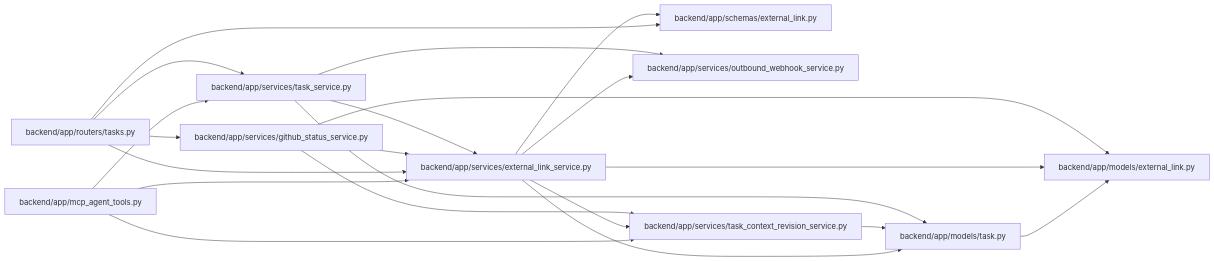
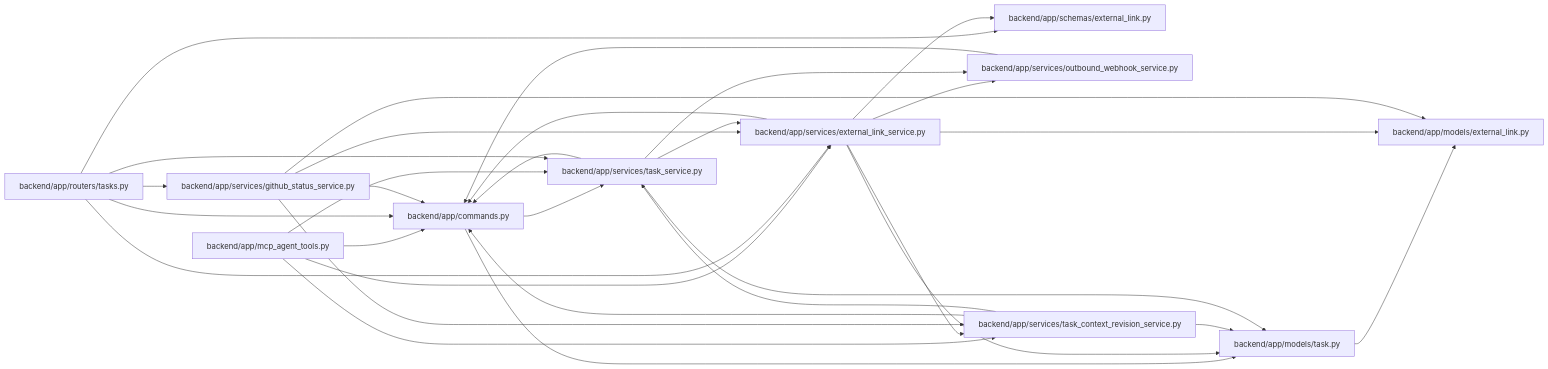
The diagram in docs/llm_wiki/modules/external_link_service.md (Denissvgn/WorkChord), drawn with Mermaid before and after one commit. The commit also changed other lines of this file and 958 other files, not shown here.

First line of the commit message:
docs(wiki): refresh identity and recovery architecture

````diff
--- a/docs/llm_wiki/modules/external_link_service.md
+++ b/docs/llm_wiki/modules/external_link_service.md
@@ -27,43 +28,55 @@
 ```mermaid
 flowchart LR
-    n0["backend/app/mcp_agent_tools.py"]
-    n1["backend/app/models/external_link.py"]
-    n2["backend/app/models/task.py"]
-    n3["backend/app/routers/tasks.py"]
-    n4["backend/app/schemas/external_link.py"]
-    n5["backend/app/services/external_link_service.py"]
-    n6["backend/app/services/github_status_service.py"]
-    n7["backend/app/services/outbound_webhook_service.py"]
-    n8["backend/app/services/task_context_revision_service.py"]
-    n9["backend/app/services/task_service.py"]
-    n0 --> n5
-    n0 --> n8
-    n0 --> n9
-    n2 --> n1
-    n3 --> n4
-    n3 --> n5
-    n3 --> n6
-    n3 --> n9
-    n5 --> n1
-    n5 --> n2
-    n5 --> n4
-    n5 --> n7
-    n5 --> n8
-    n6 --> n1
+    n0["backend/app/commands.py"]
+    n1["backend/app/mcp_agent_tools.py"]
+    n2["backend/app/models/external_link.py"]
+    n3["backend/app/models/task.py"]
+    n4["backend/app/routers/tasks.py"]
+    n5["backend/app/schemas/external_link.py"]
+    n6["backend/app/services/external_link_service.py"]
+    n7["backend/app/services/github_status_service.py"]
+    n8["backend/app/services/outbound_webhook_service.py"]
+    n9["backend/app/services/task_context_revision_service.py"]
+    n10["backend/app/services/task_service.py"]
+    n0 --> n3
+    n0 --> n10
+    n1 --> n0
+    n1 --> n6
+    n1 --> n9
+    n1 --> n10
+    n3 --> n2
+    n4 --> n0
+    n4 --> n5
+    n4 --> n6
+    n4 --> n7
+    n4 --> n10
+    n6 --> n0
+    n6 --> n2
+    n6 --> n3
     n6 --> n5
     n6 --> n8
-    n8 --> n2
-    n9 --> n2
-    n9 --> n5
-    n9 --> n7
-    click n0 "../modules/mcp_agent_tools.md"
-    click n1 "../modules/models_external_link.md"
-    click n2 "../modules/models_task.md"
-    click n3 "../modules/tasks.md"
-    click n4 "../modules/schemas_external_link.md"
-    click n5 "../modules/external_link_service.md"
-    click n6 "../modules/github_status_service.md"
-    click n7 "../modules/outbound_webhook_service.md"
-    click n8 "../modules/task_context_revision_service.md"
-    click n9 "../modules/task_service.md"
+    n6 --> n9
+    n7 --> n0
+    n7 --> n2
+    n7 --> n6
+    n7 --> n9
+    n8 --> n0
+    n9 --> n0
+    n9 --> n3
+    n9 --> n10
+    n10 --> n0
+    n10 --> n3
+    n10 --> n6
+    n10 --> n8
+    click n0 "../modules/commands.md"
+    click n1 "../modules/mcp_agent_tools.md"
+    click n2 "../modules/models_external_link.md"
+    click n3 "../modules/models_task.md"
+    click n4 "../modules/tasks.md"
+    click n5 "../modules/schemas_external_link.md"
+    click n6 "../modules/external_link_service.md"
+    click n7 "../modules/github_status_service.md"
+    click n8 "../modules/outbound_webhook_service.md"
+    click n9 "../modules/task_context_revision_service.md"
+    click n10 "../modules/task_service.md"
 ```
````
